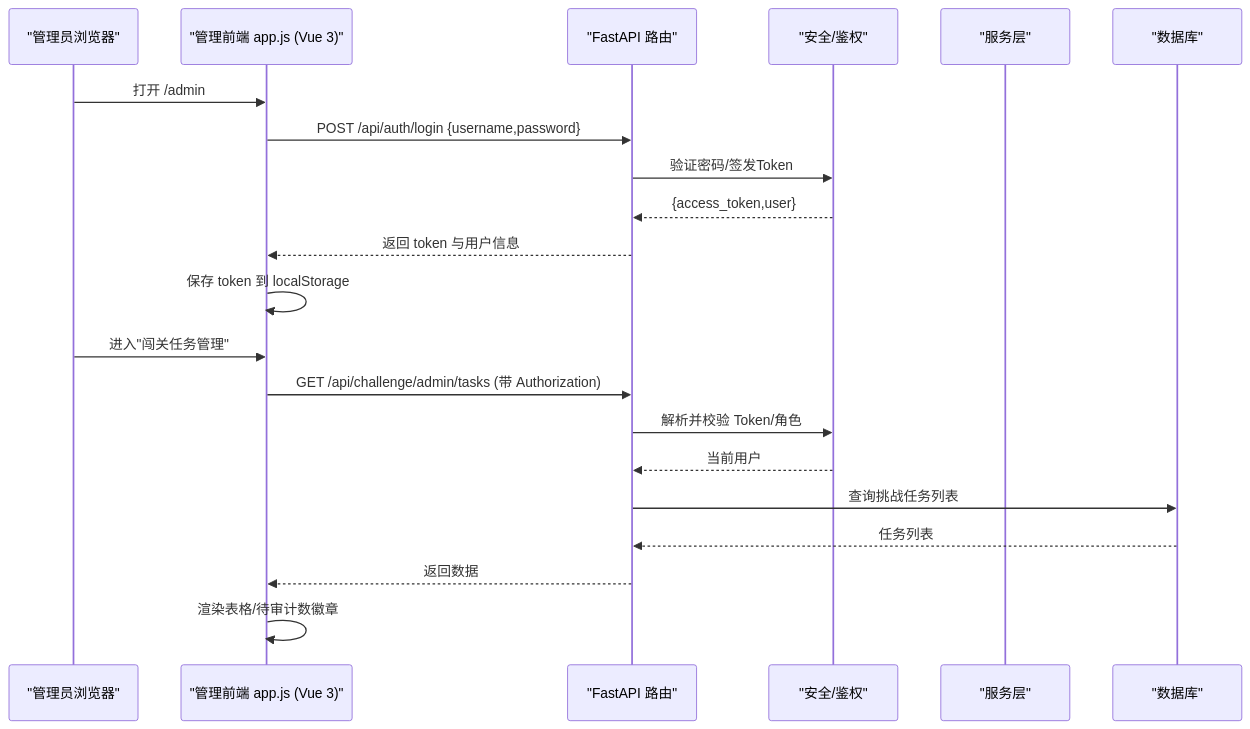
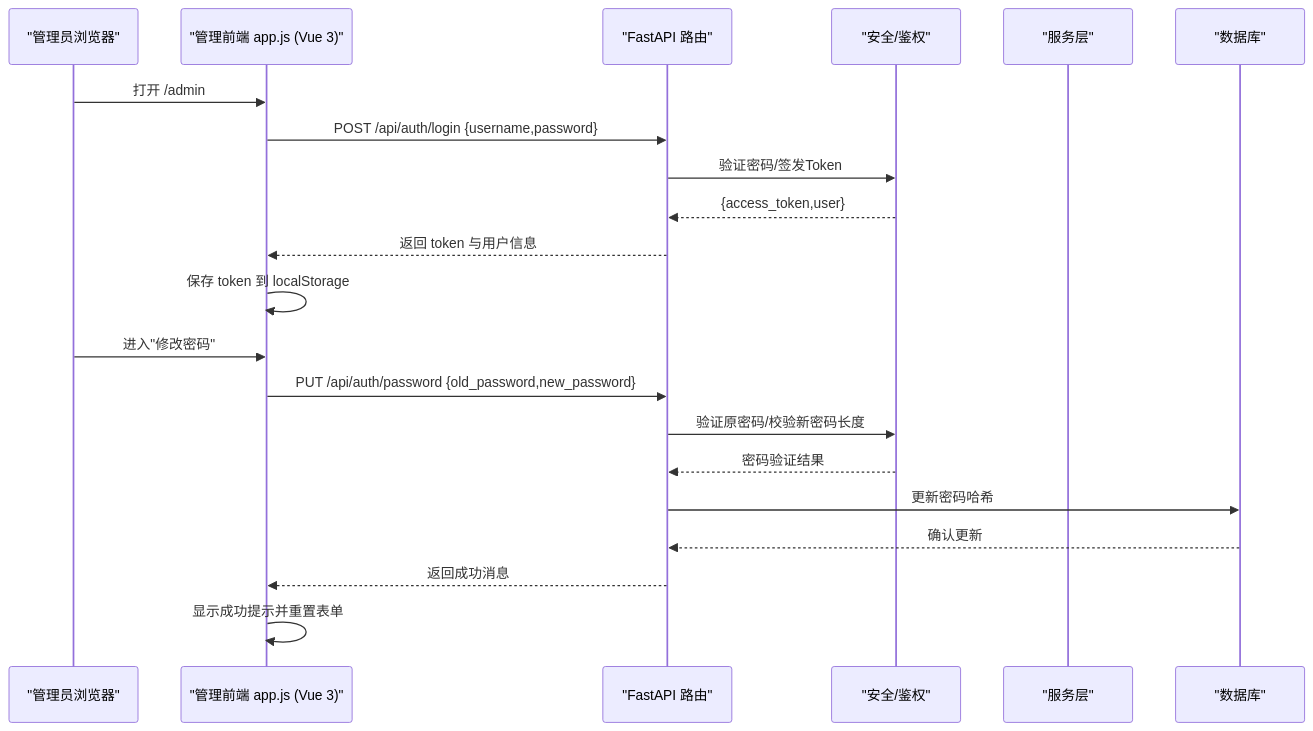
Before and after one commit to onebody/homework: the second of 9 diagrams in .qoder/repowiki/zh/content/暑假作业打卡系统/前端应用设计/管理后台应用.md, drawn with Mermaid. The commit also changed other lines of this file and 20 other files, not shown here.

````diff
--- a/.qoder/repowiki/zh/content/暑假作业打卡系统/前端应用设计/管理后台应用.md
+++ b/.qoder/repowiki/zh/content/暑假作业打卡系统/前端应用设计/管理后台应用.md
@@ -110,23 +113,23 @@
 ```mermaid
 sequenceDiagram
 participant Admin as "管理员浏览器"
 participant FE as "管理前端 app.js (Vue 3)"
 participant API as "FastAPI 路由"
 participant Auth as "安全/鉴权"
 participant Svc as "服务层"
 participant DB as "数据库"
 Admin->>FE : 打开 /admin
 FE->>API : POST /api/auth/login {username,password}
 API->>Auth : 验证密码/签发Token
 Auth-->>API : {access_token,user}
 API-->>FE : 返回 token 与用户信息
 FE->>FE : 保存 token 到 localStorage
-Admin->>FE : 进入"闯关任务管理"
-FE->>API : GET /api/challenge/admin/tasks (带 Authorization)
-API->>Auth : 解析并校验 Token/角色
-Auth-->>API : 当前用户
-API->>DB : 查询挑战任务列表
-DB-->>API : 任务列表
-API-->>FE : 返回数据
-FE->>FE : 渲染表格/待审计数徽章
+Admin->>FE : 进入"修改密码"
+FE->>API : PUT /api/auth/password {old_password,new_password}
+API->>Auth : 验证原密码/校验新密码长度
+Auth-->>API : 密码验证结果
+API->>DB : 更新密码哈希
+DB-->>API : 确认更新
+API-->>FE : 返回成功消息
+FE->>FE : 显示成功提示并重置表单
 ```
````
